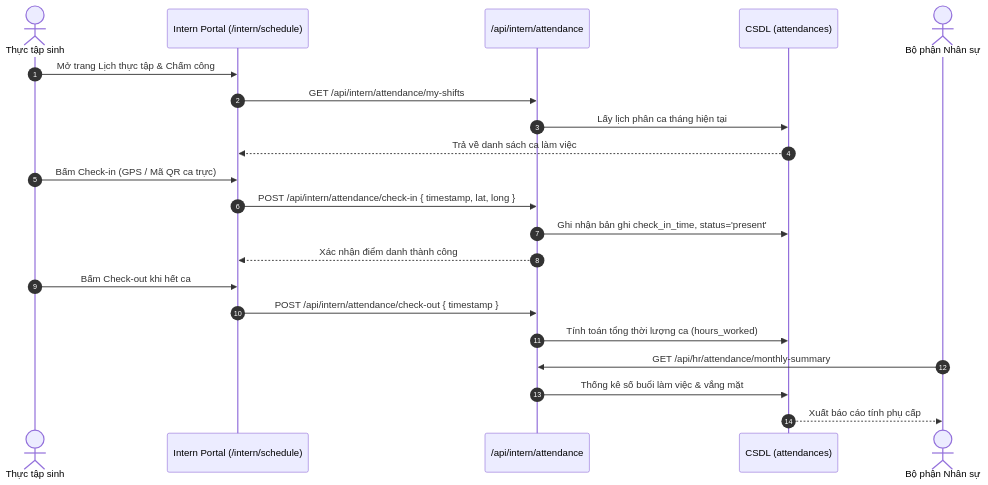
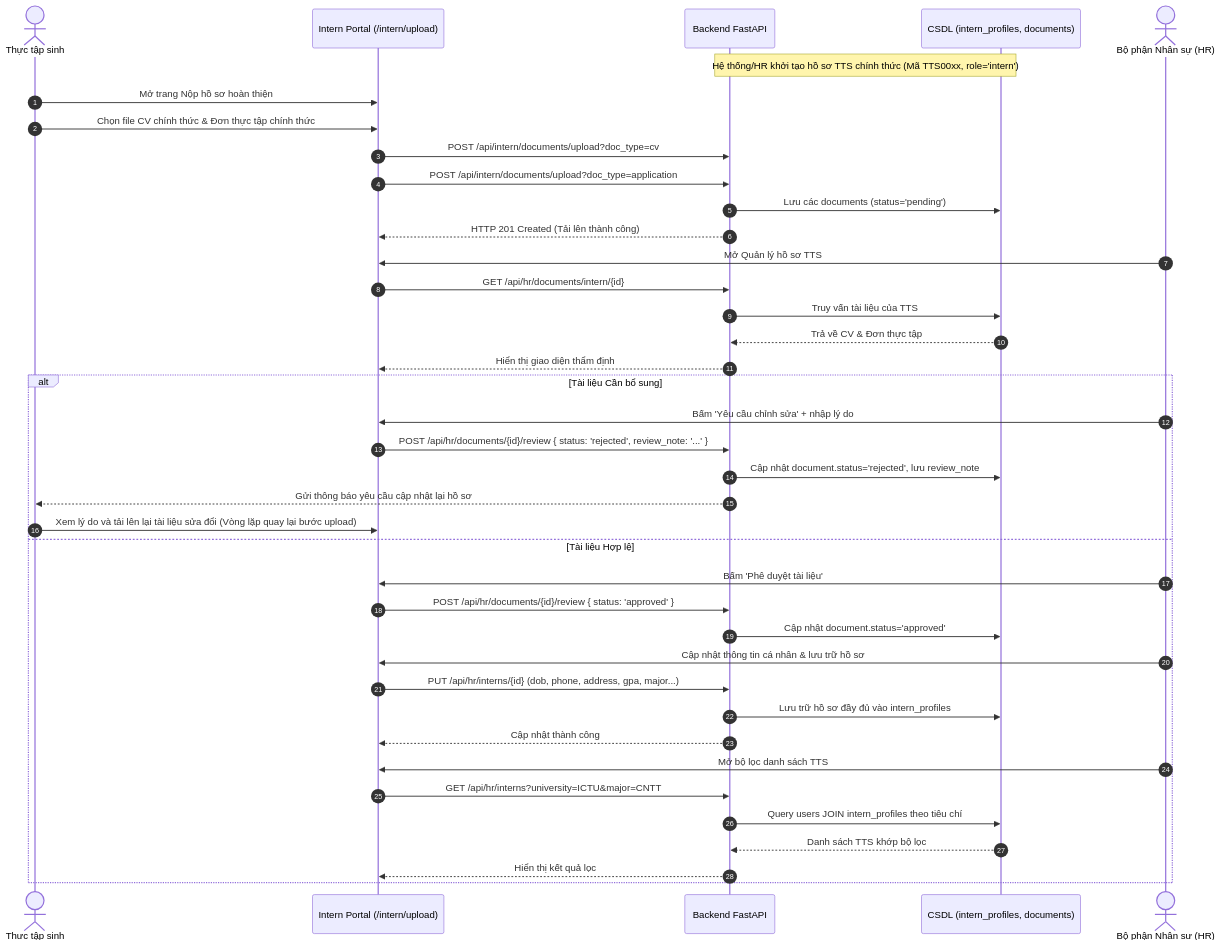
The fifth of 6 diagrams in docs/system_data_flow_diagram.md (AnLT206/Product_Backlog_Internship_Ictu), drawn with Mermaid before and after one commit. The commit also changed other lines of this file and 9 other files, not shown here.

````diff
--- a/docs/system_data_flow_diagram.md
+++ b/docs/system_data_flow_diagram.md
@@ -187,27 +290,49 @@
 ```mermaid
 sequenceDiagram
     autonumber
-    actor Intern as Thực tập sinh
-    participant App as Intern Portal (/intern/schedule)
-    participant AttAPI as /api/intern/attendance
-    participant DB as CSDL (attendances)
-    actor HR as Bộ phận Nhân sự
+    actor TTS as Thực tập sinh
+    participant FE as Intern Portal (/intern/upload)
+    participant API as Backend FastAPI
+    participant DB as CSDL (intern_profiles, documents)
+    actor HR as Bộ phận Nhân sự (HR)
 
-    Intern->>App: Mở trang Lịch thực tập & Chấm công
-    App->>AttAPI: GET /api/intern/attendance/my-shifts
-    AttAPI->>DB: Lấy lịch phân ca tháng hiện tại
-    DB-->>App: Trả về danh sách ca làm việc
+    Note over API,DB: Hệ thống/HR khởi tạo hồ sơ TTS chính thức (Mã TTS00xx, role='intern')
 
-    Intern->>App: Bấm Check-in (GPS / Mã QR ca trực)
-    App->>AttAPI: POST /api/intern/attendance/check-in { timestamp, lat, long }
-    AttAPI->>DB: Ghi nhận bản ghi check_in_time, status='present'
-    AttAPI-->>App: Xác nhận điểm danh thành công
+    %% TTS hoàn thiện hồ sơ
+    TTS->>FE: Mở trang Nộp hồ sơ hoàn thiện
+    TTS->>FE: Chọn file CV chính thức & Đơn thực tập chính thức
+    FE->>API: POST /api/intern/documents/upload?doc_type=cv
+    FE->>API: POST /api/intern/documents/upload?doc_type=application
+    API->>DB: Lưu các documents (status='pending')
+    API-->>FE: HTTP 201 Created (Tải lên thành công)
 
-    Intern->>App: Bấm Check-out khi hết ca
-    App->>AttAPI: POST /api/intern/attendance/check-out { timestamp }
-    AttAPI->>DB: Tính toán tổng thời lượng ca (hours_worked)
+    %% HR Thẩm định tài liệu
+    HR->>FE: Mở Quản lý hồ sơ TTS
+    FE->>API: GET /api/hr/documents/intern/{id}
+    API->>DB: Truy vấn tài liệu của TTS
+    DB-->>API: Trả về CV & Đơn thực tập
+    API-->>FE: Hiển thị giao diện thẩm định
 
-    HR->>AttAPI: GET /api/hr/attendance/monthly-summary
-    AttAPI->>DB: Thống kê số buổi làm việc & vắng mặt
-    DB-->>HR: Xuất báo cáo tính phụ cấp
+    alt Tài liệu Cần bổ sung
+        HR->>FE: Bấm 'Yêu cầu chỉnh sửa' + nhập lý do
+        FE->>API: POST /api/hr/documents/{id}/review { status: 'rejected', review_note: '...' }
+        API->>DB: Cập nhật document.status='rejected', lưu review_note
+        API-->>TTS: Gửi thông báo yêu cầu cập nhật lại hồ sơ
+        TTS->>FE: Xem lý do và tải lên lại tài liệu sửa đổi (Vòng lặp quay lại bước upload)
+    else Tài liệu Hợp lệ
+        HR->>FE: Bấm 'Phê duyệt tài liệu'
+        FE->>API: POST /api/hr/documents/{id}/review { status: 'approved' }
+        API->>DB: Cập nhật document.status='approved'
+        HR->>FE: Cập nhật thông tin cá nhân & lưu trữ hồ sơ
+        FE->>API: PUT /api/hr/interns/{id} (dob, phone, address, gpa, major...)
+        API->>DB: Lưu trữ hồ sơ đầy đủ vào intern_profiles
+        API-->>FE: Cập nhật thành công
+
+        %% Tìm kiếm / Lọc theo Trường / Ngành
+        HR->>FE: Mở bộ lọc danh sách TTS
+        FE->>API: GET /api/hr/interns?university=ICTU&major=CNTT
+        API->>DB: Query users JOIN intern_profiles theo tiêu chí
+        DB-->>API: Danh sách TTS khớp bộ lọc
+        API-->>FE: Hiển thị kết quả lọc
+    end
 ```
````
